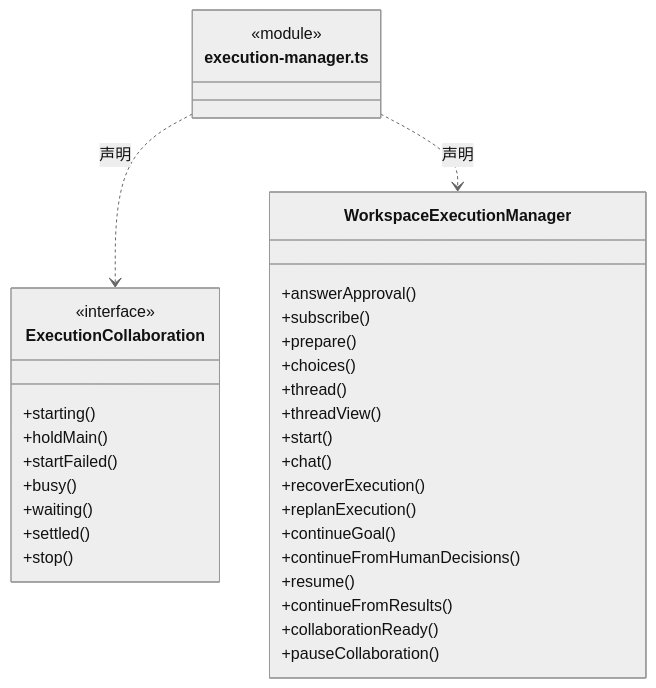
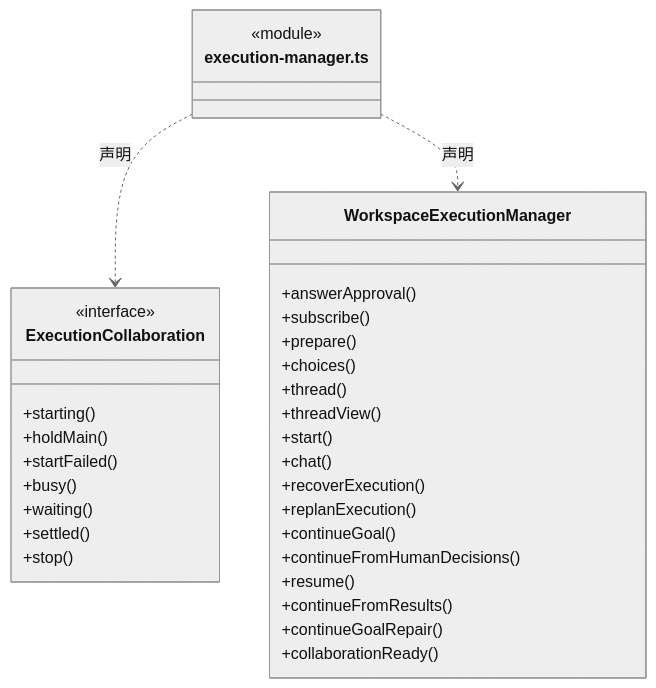
Before and after one commit to nan023062/cbim: the third of 12 diagrams in src/backend/scheduler-engine/conversation/ARCHITECTURE.md, drawn with Mermaid (neutral theme). The commit also changed other lines of this file and 130 other files, not shown here.

````diff
--- a/src/backend/scheduler-engine/conversation/ARCHITECTURE.md
+++ b/src/backend/scheduler-engine/conversation/ARCHITECTURE.md
@@ -104,36 +104,36 @@
 ```mermaid
 classDiagram
 class N_src_backend_scheduler_engine_conversation_execution_manager_ts["execution-manager.ts"] {
   <<module>>
 }
 class N_src_backend_scheduler_engine_conversation_execution_manager_ts_ExecutionCollaboration["ExecutionCollaboration"] {
   <<interface>>
   +starting()
   +holdMain()
   +startFailed()
   +busy()
   +waiting()
   +settled()
   +stop()
 }
 N_src_backend_scheduler_engine_conversation_execution_manager_ts ..> N_src_backend_scheduler_engine_conversation_execution_manager_ts_ExecutionCollaboration : 声明
 class N_src_backend_scheduler_engine_conversation_execution_manager_ts_WorkspaceExecutionManager["WorkspaceExecutionManager"] {
   +answerApproval()
   +subscribe()
   +prepare()
   +choices()
   +thread()
   +threadView()
   +start()
   +chat()
   +recoverExecution()
   +replanExecution()
   +continueGoal()
   +continueFromHumanDecisions()
   +resume()
   +continueFromResults()
+  +continueGoalRepair()
   +collaborationReady()
-  +pauseCollaboration()
 }
 N_src_backend_scheduler_engine_conversation_execution_manager_ts ..> N_src_backend_scheduler_engine_conversation_execution_manager_ts_WorkspaceExecutionManager : 声明
 ```
````
